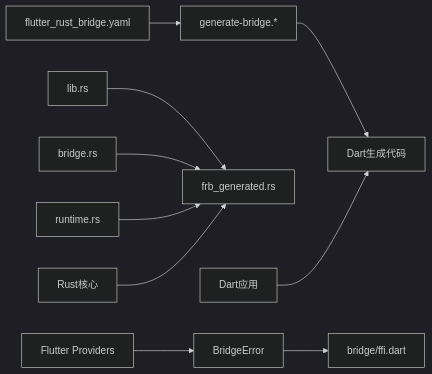
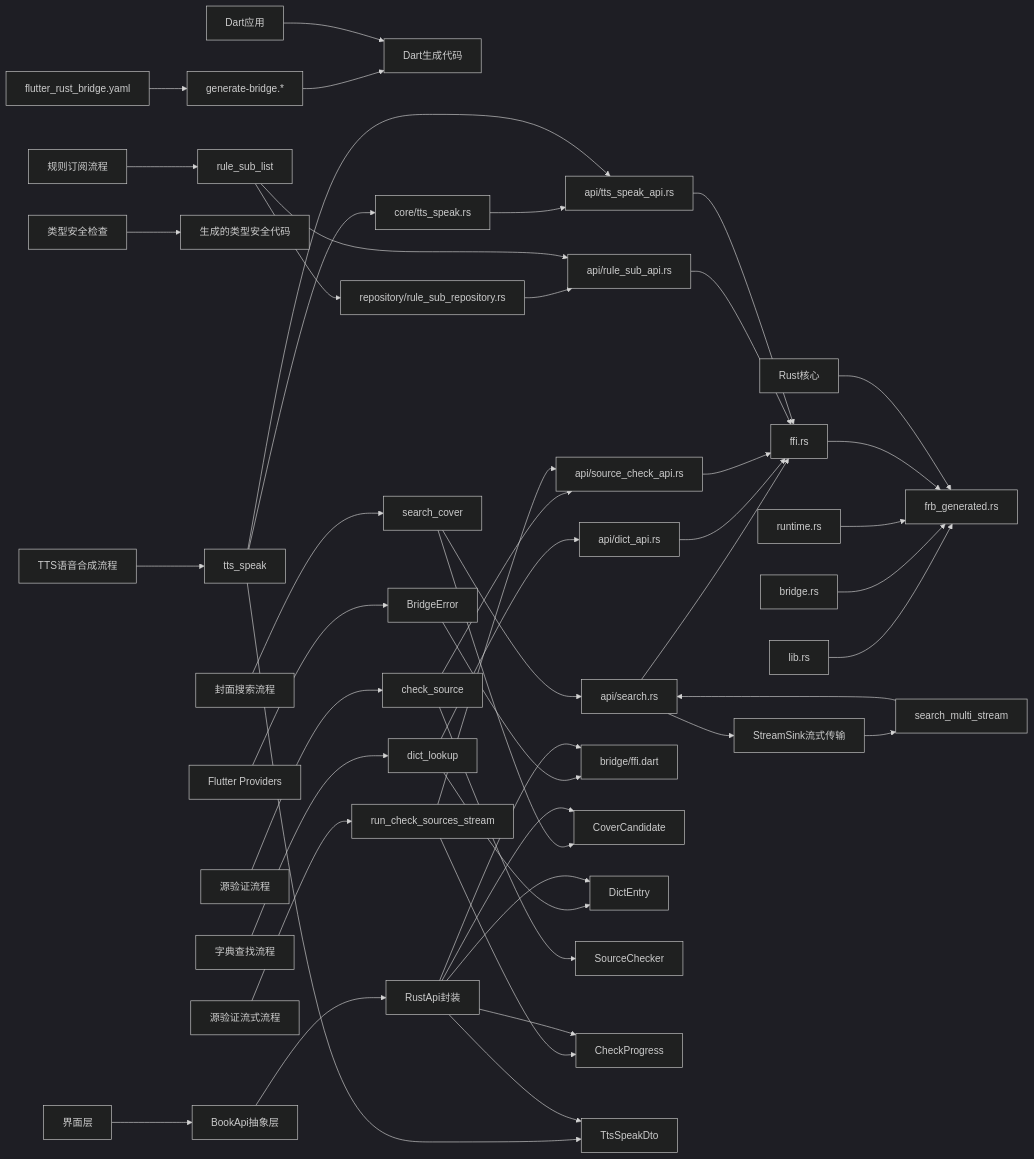
Before and after one commit to ZhangGHGitHub/LegadoTeamFlutter: the third of 3 diagrams in .qoder/repowiki/zh/content/Flutter跨平台应用/FFI集成/FFI集成.md, drawn with Mermaid (dark theme). The commit also changed other lines of this file and 173 other files, not shown here.

````diff
--- a/.qoder/repowiki/zh/content/Flutter跨平台应用/FFI集成/FFI集成.md
+++ b/.qoder/repowiki/zh/content/Flutter跨平台应用/FFI集成/FFI集成.md
@@ -206,12 +520,50 @@
 ```mermaid
 graph LR
 DartCfg["flutter_rust_bridge.yaml"] --> GenScript["generate-bridge.*"]
 GenScript --> DartGen["Dart生成代码"]
 RustLib["lib.rs"] --> RustGen["frb_generated.rs"]
 BridgeMod["bridge.rs"] --> RustGen
 RuntimeMod["runtime.rs"] --> RustGen
+SearchApi["api/search.rs"] --> FfiMod["ffi.rs"]
+DictApi["api/dict_api.rs"] --> FfiMod
+SourceCheckApi["api/source_check_api.rs"] --> FfiMod
+RuleSubApi["api/rule_sub_api.rs"] --> FfiMod
+TTSApi["api/tts_speak_api.rs"] --> FfiMod
+RuleSubRepo["repository/rule_sub_repository.rs"] --> RuleSubApi
+TTSCore["core/tts_speak.rs"] --> TTSApi
+FfiMod --> RustGen
 DartApp["Dart应用"] --> DartGen
 RustApp["Rust核心"] --> RustGen
 ProviderLayer["Flutter Providers"] --> BridgeError["BridgeError"]
 BridgeError --> FfiModule["bridge/ffi.dart"]
+TypeSafety["类型安全检查"] --> GeneratedCode["生成的类型安全代码"]
+StreamFlow["StreamSink流式传输"] --> SearchMulti["search_multi_stream"]
+SearchMulti --> SearchApi
+SearchApi --> StreamFlow
+CoverFlow["封面搜索流程"] --> CoverSearch["search_cover"]
+CoverSearch --> SearchApi
+CoverSearch --> CoverModel["CoverCandidate"]
+DictFlow["字典查找流程"] --> DictLookup["dict_lookup"]
+DictLookup --> DictApi
+DictLookup --> DictModel["DictEntry"]
+SourceCheckFlow["源验证流程"] --> SourceCheck["check_source"]
+SourceCheck --> SourceCheckApi
+SourceCheck --> SourceChecker["SourceChecker"]
+SourceCheckStreamFlow["源验证流式流程"] --> SourceCheckStream["run_check_sources_stream"]
+SourceCheckStream --> SourceCheckApi
+SourceCheckStream --> CheckProgress["CheckProgress"]
+RuleSubFlow["规则订阅流程"] --> RuleSubList["rule_sub_list"]
+RuleSubList --> RuleSubApi
+RuleSubList --> RuleSubRepo
+TTSFlow["TTS语音合成流程"] --> TTSSpeak["tts_speak"]
+TTSSpeak --> TTSApi
+TTSSpeak --> TTSCore
+TTSSpeak --> TTSDto["TtsSpeakDto"]
+RustApi["RustApi封装"] --> FfiModule
+RustApi --> CoverModel
+RustApi --> DictModel
+RustApi --> CheckProgress
+RustApi --> TTSDto
+BookApi["BookApi抽象层"] --> RustApi
+UILayers["界面层"] --> BookApi
 ```
````
